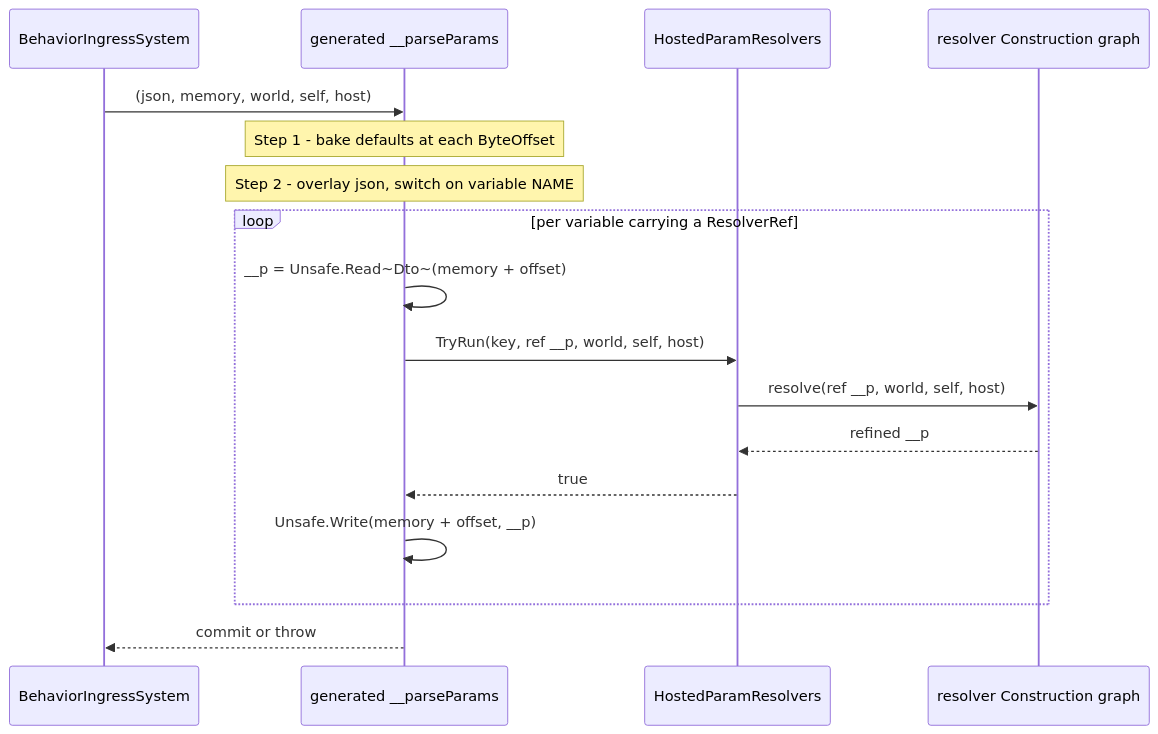
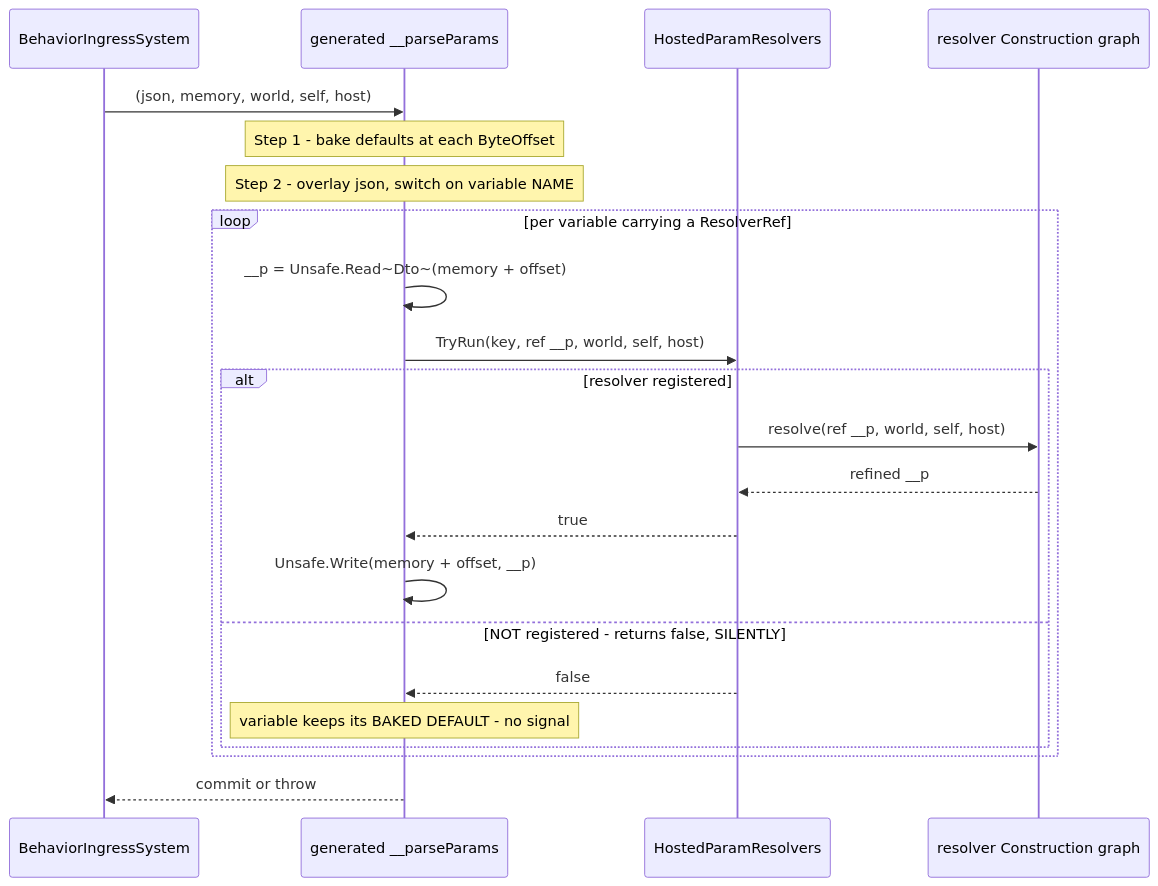
One commit to pjanec/HROT changed the second of 3 diagrams in docs/blueprints/DESIGN_Per_Variable_Param_Resolver.md. Above: the diagram before and after it, drawn with Mermaid. The commit also changed other lines of this file, not shown here.

````diff
--- a/docs/blueprints/DESIGN_Per_Variable_Param_Resolver.md
+++ b/docs/blueprints/DESIGN_Per_Variable_Param_Resolver.md
@@ -140,20 +145,25 @@
 ```mermaid
 sequenceDiagram
     participant Ingress as BehaviorIngressSystem
     participant PP as generated __parseParams
     participant HPR as HostedParamResolvers
     participant RG as resolver Construction graph
 
     Ingress->>PP: (json, memory, world, self, host)
     Note over PP: Step 1 - bake defaults at each ByteOffset
     Note over PP: Step 2 - overlay json, switch on variable NAME
     loop per variable carrying a ResolverRef
         PP->>PP: __p = Unsafe.Read~Dto~(memory + offset)
         PP->>HPR: TryRun(key, ref __p, world, self, host)
-        HPR->>RG: resolve(ref __p, world, self, host)
-        RG-->>HPR: refined __p
-        HPR-->>PP: true
-        PP->>PP: Unsafe.Write(memory + offset, __p)
+        alt resolver registered
+            HPR->>RG: resolve(ref __p, world, self, host)
+            RG-->>HPR: refined __p
+            HPR-->>PP: true
+            PP->>PP: Unsafe.Write(memory + offset, __p)
+        else NOT registered - returns false, SILENTLY
+            HPR-->>PP: false
+            Note over PP: variable keeps its BAKED DEFAULT - no signal
+        end
     end
     PP-->>Ingress: commit or throw
 ```
````
